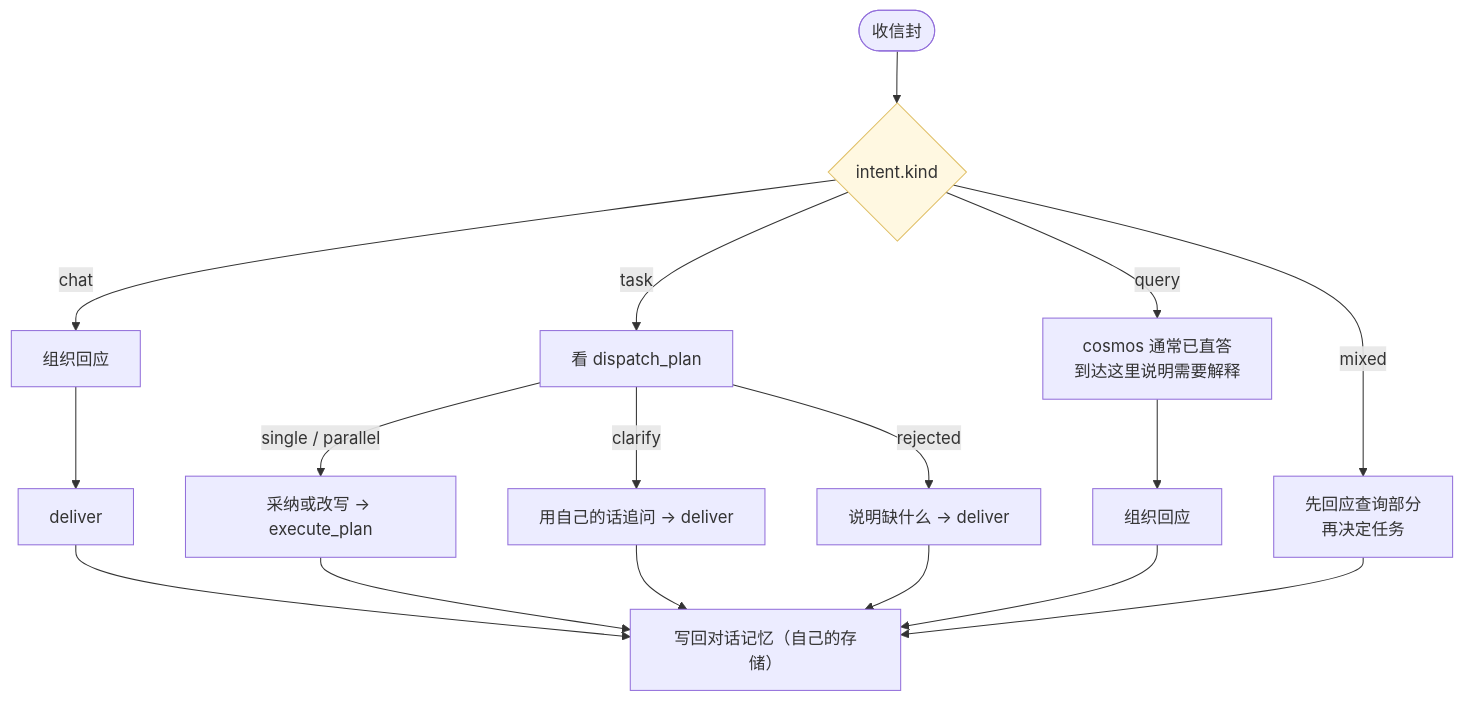
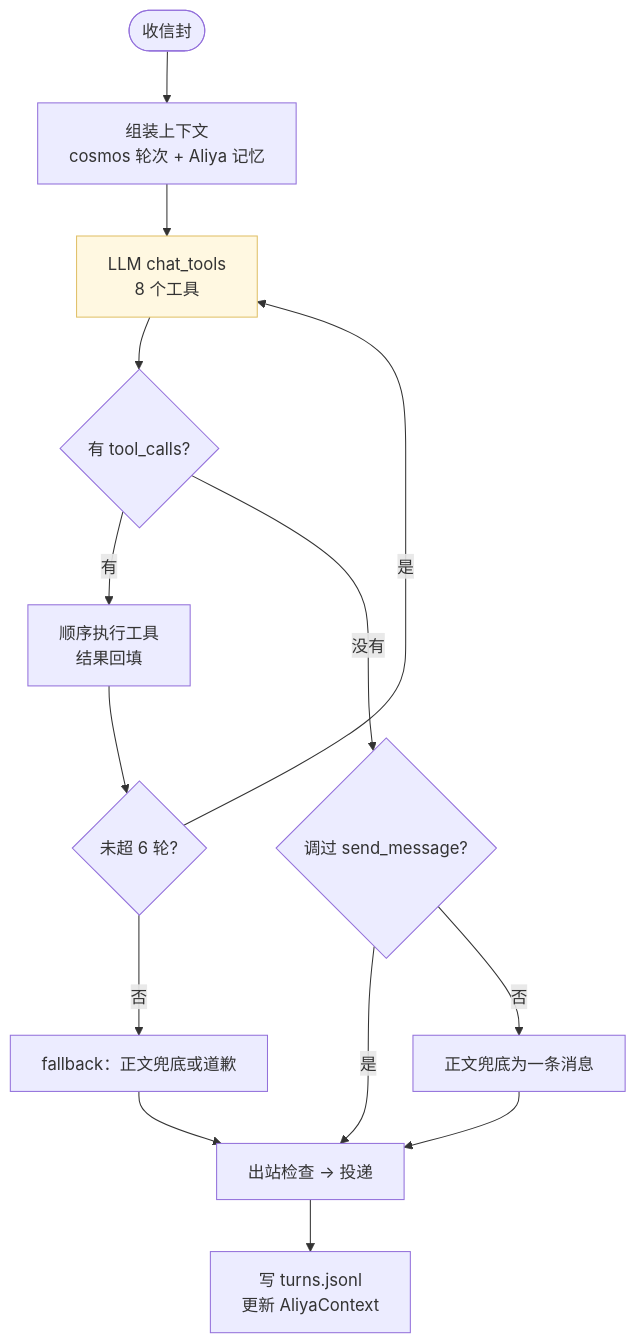
Before and after one commit to muyulov/Aliya-cosmos: the second of 2 diagrams in agent/aliya/README.md, drawn with Mermaid. The commit also changed other lines of this file and 3 other files, not shown here.

````diff
--- a/agent/aliya/README.md
+++ b/agent/aliya/README.md
@@ -177,26 +180,18 @@
 ```mermaid
 flowchart TD
-    E(["收信封"]) --> K{"intent.kind"}
+    E(["收信封"]) --> M["组装上下文<br/>cosmos 轮次 + Aliya 记忆"]
+    M --> L["LLM chat_tools<br/>8 个工具"]
+    L --> T{"有 tool_calls?"}
+    T -->|"有"| X["顺序执行工具<br/>结果回填"]
+    X --> R{"未超 6 轮?"}
+    R -->|"是"| L
+    R -->|"否"| F["fallback：正文兜底或道歉"]
+    T -->|"没有"| S{"调过 send_message?"}
+    S -->|"是"| P["出站检查 → 投递"]
+    S -->|"否"| B["正文兜底为一条消息"]
+    F --> P
+    B --> P
+    P --> MEM["写 turns.jsonl<br/>更新 AliyaContext"]
 
-    K -->|"chat"| C1["组织回应"]
-    C1 --> D1["deliver"]
-
-    K -->|"task"| C2["看 dispatch_plan"]
-    C2 -->|"single / parallel"| D2["采纳或改写 → execute_plan"]
-    C2 -->|"clarify"| D3["用自己的话追问 → deliver"]
-    C2 -->|"rejected"| D4["说明缺什么 → deliver"]
-
-    K -->|"query"| C3["cosmos 通常已直答<br/>到达这里说明需要解释"]
-    C3 --> D5["组织回应"]
-
-    K -->|"mixed"| C4["先回应查询部分<br/>再决定任务"]
-
-    D1 --> MEM["写回对话记忆（自己的存储）"]
-    D2 --> MEM
-    D3 --> MEM
-    D4 --> MEM
-    D5 --> MEM
-    C4 --> MEM
-
-    style K fill:#fff8e1,stroke:#e0c068
+    style L fill:#fff8e1,stroke:#e0c068
 ```
````
